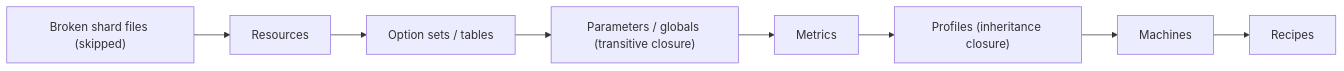
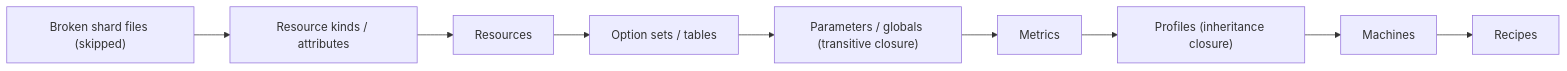
Before and after one commit to Hagoel-git/factory-planner: the second of 2 diagrams in docs/design/gamedata-v4-spec.md, drawn with Mermaid. The commit also changed other lines of this file and 1 other file, not shown here.

````diff
--- a/docs/design/gamedata-v4-spec.md
+++ b/docs/design/gamedata-v4-spec.md
@@ -737,10 +749,11 @@
 ```mermaid
 flowchart LR
-    S["Broken shard files (skipped)"] --> R["Resources"]
+    S["Broken shard files (skipped)"] --> A["Resource kinds / attributes"]
+    A --> R["Resources"]
     R --> O["Option sets / tables"]
     O --> P["Parameters / globals (transitive closure)"]
     P --> M["Metrics"]
     M --> F["Profiles (inheritance closure)"]
     F --> MA["Machines"]
     MA --> RE["Recipes"]
 ```
````
